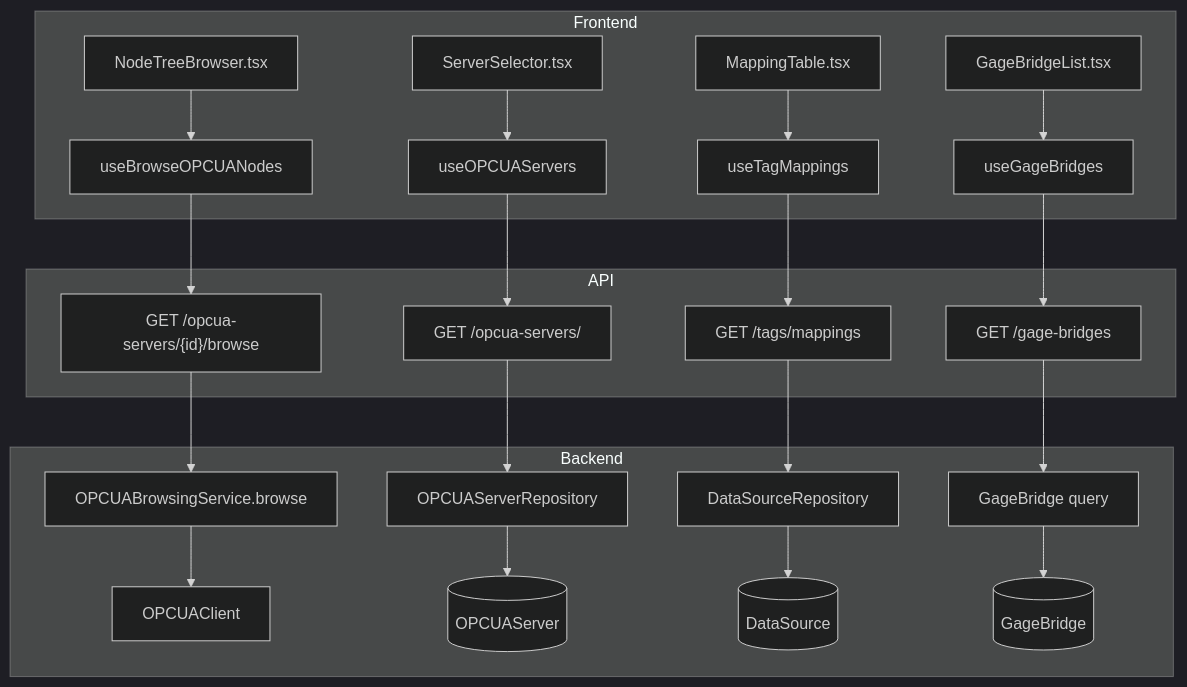
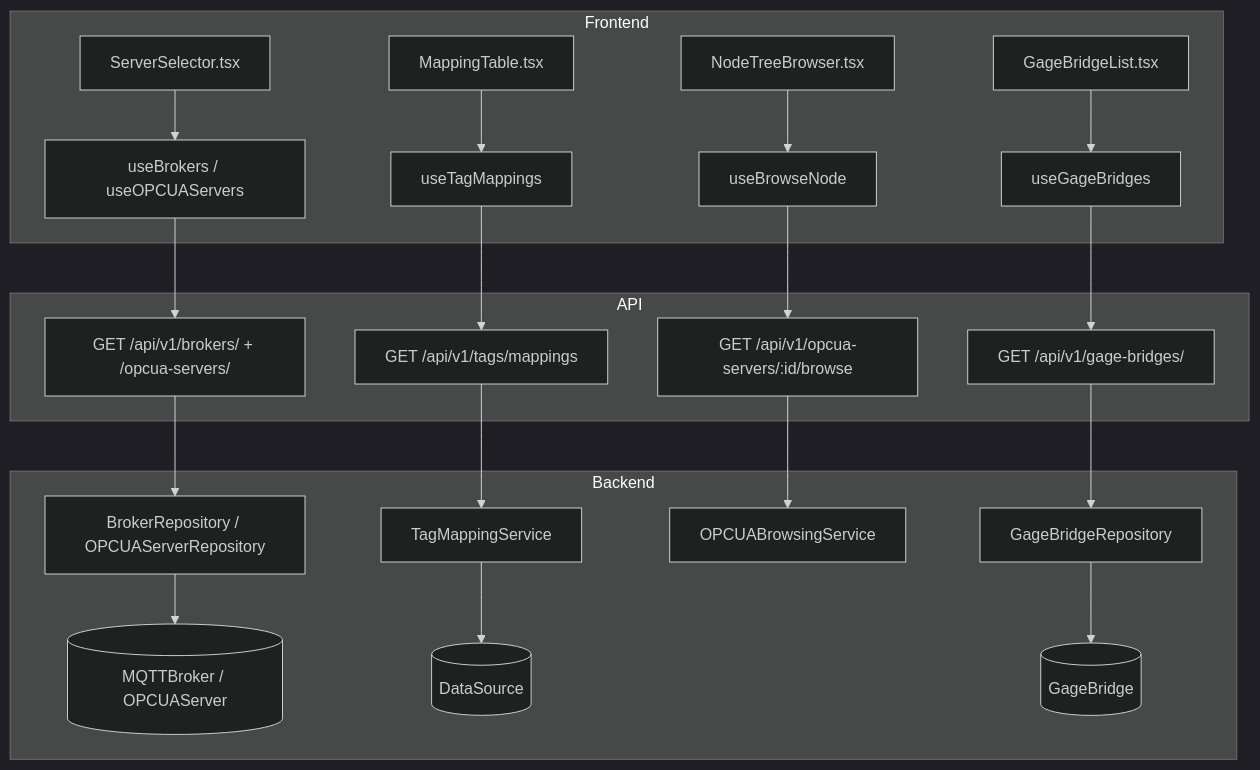
The first of 2 diagrams in .knowledge/features/connectivity.md (saturnis-io/cassini), drawn with Mermaid (dark theme) before and after one commit. The commit also changed other lines of this file and 15 other files, not shown here.

Commit message:
knowledge-graph: regenerate

````diff
--- a/.knowledge/features/connectivity.md
+++ b/.knowledge/features/connectivity.md
@@ -5,25 +5,24 @@
 ```mermaid
 flowchart TD
     subgraph Frontend
-        C1[ServerSelector.tsx] --> H1[useOPCUAServers]
-        C2[NodeTreeBrowser.tsx] --> H2[useBrowseOPCUANodes]
-        C3[MappingTable.tsx] --> H3[useTagMappings]
+        C1[ServerSelector.tsx] --> H1[useBrokers / useOPCUAServers]
+        C2[MappingTable.tsx] --> H2[useTagMappings]
+        C3[NodeTreeBrowser.tsx] --> H3[useBrowseNode]
         C4[GageBridgeList.tsx] --> H4[useGageBridges]
     end
     subgraph API
-        H1 --> E1["GET /opcua-servers/"]
-        H2 --> E2["GET /opcua-servers/{id}/browse"]
-        H3 --> E3["GET /tags/mappings"]
-        H4 --> E4["GET /gage-bridges"]
+        H1 --> E1[GET /api/v1/brokers/ + /opcua-servers/]
+        H2 --> E2[GET /api/v1/tags/mappings]
+        H3 --> E3[GET /api/v1/opcua-servers/:id/browse]
+        H4 --> E4[GET /api/v1/gage-bridges/]
     end
     subgraph Backend
-        E1 --> R1[OPCUAServerRepository]
-        E2 --> S1[OPCUABrowsingService.browse]
-        E3 --> R2[DataSourceRepository]
-        E4 --> R3[GageBridge query]
-        S1 --> S2[OPCUAClient]
-        R1 --> M1[(OPCUAServer)]
-        R2 --> M2[(DataSource)]
-        R3 --> M3[(GageBridge)]
+        E1 --> R1[BrokerRepository / OPCUAServerRepository]
+        R1 --> M1[(MQTTBroker / OPCUAServer)]
+        E2 --> S1[TagMappingService]
+        S1 --> M2[(DataSource)]
+        E3 --> S2[OPCUABrowsingService]
+        E4 --> R2[GageBridgeRepository]
+        R2 --> M3[(GageBridge)]
     end
 ```
````
